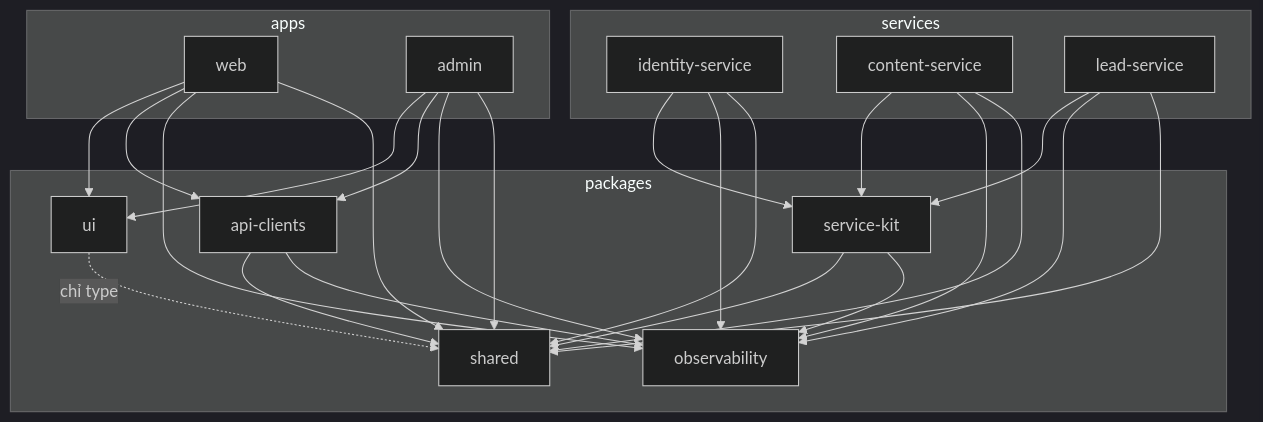
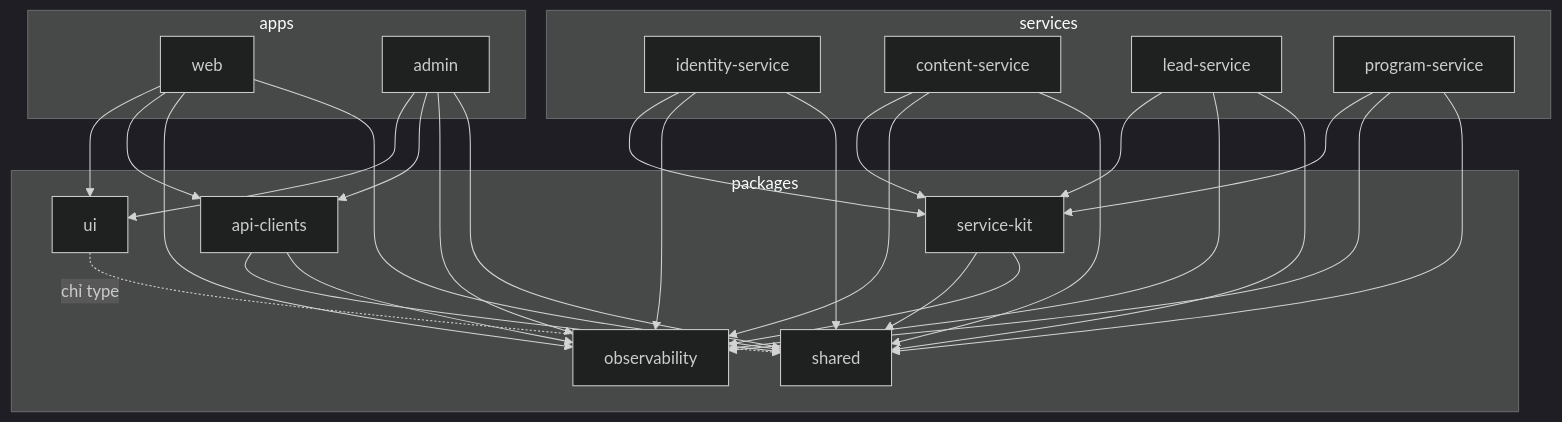
The first of 2 diagrams in docs/04-cau-truc-ma-nguon.md (vctrong/lavieco), drawn with Mermaid (dark theme) before and after one commit. The commit also changed other lines of this file and 13 other files, not shown here.

````diff
--- a/docs/04-cau-truc-ma-nguon.md
+++ b/docs/04-cau-truc-ma-nguon.md
@@ -165,44 +166,48 @@
 ```mermaid
 flowchart TB
   subgraph apps["apps"]
     web["web"]
     adm["admin"]
   end
   subgraph services["services"]
     idn["identity-service"]
     cnt["content-service"]
     led["lead-service"]
+    prg["program-service"]
   end
   subgraph packages["packages"]
     ui["ui"]
     cli["api-clients"]
     kit["service-kit"]
     obs["observability"]
     shr["shared"]
   end
 
   web --> ui
   web --> cli
   web --> obs
   web --> shr
   adm --> ui
   adm --> cli
   adm --> obs
   adm --> shr
 
   idn --> kit
   idn --> obs
   idn --> shr
   cnt --> kit
   cnt --> obs
   cnt --> shr
   led --> kit
   led --> obs
   led --> shr
+  prg --> kit
+  prg --> obs
+  prg --> shr
 
   ui -. "chỉ type" .-> shr
   cli --> shr
   cli --> obs
   kit --> shr
   kit --> obs
 ```
````
